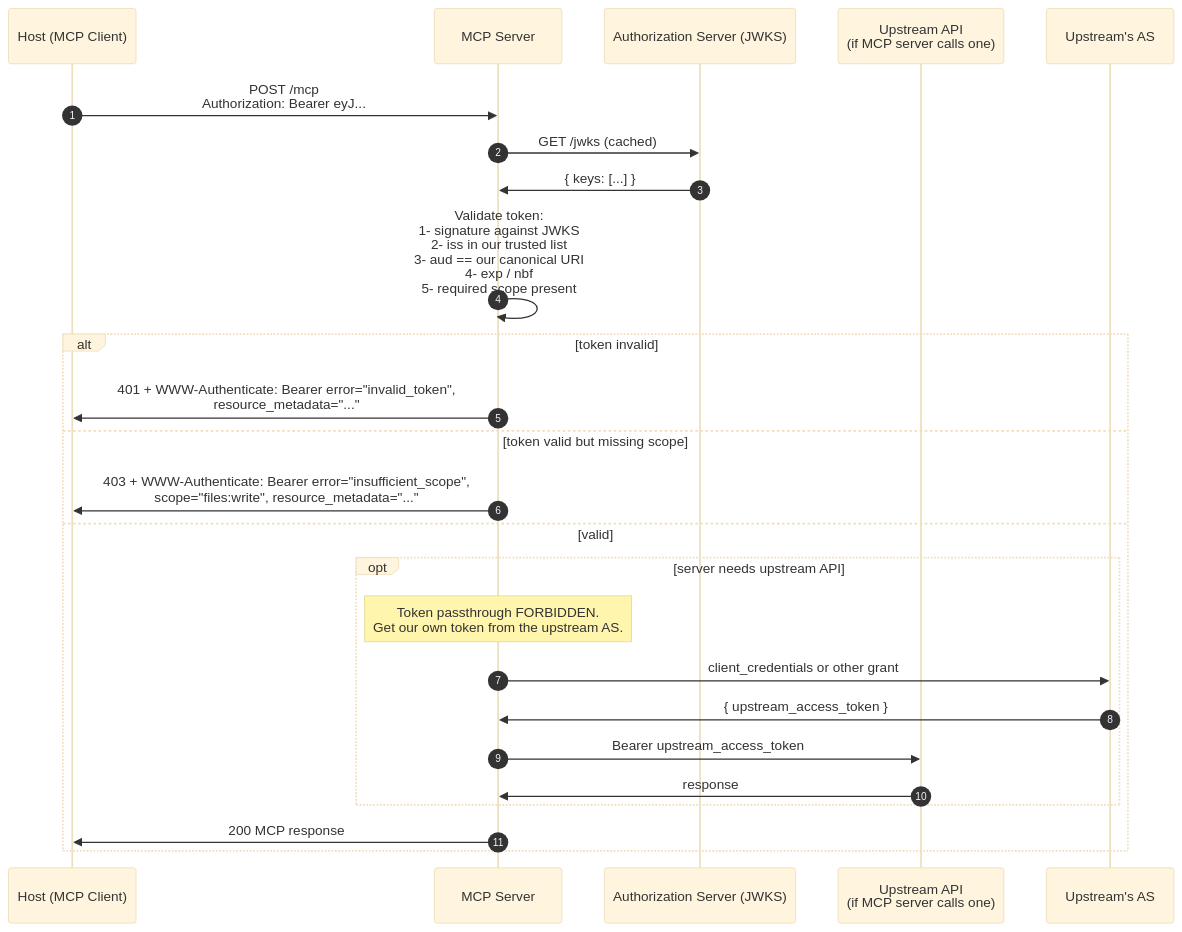
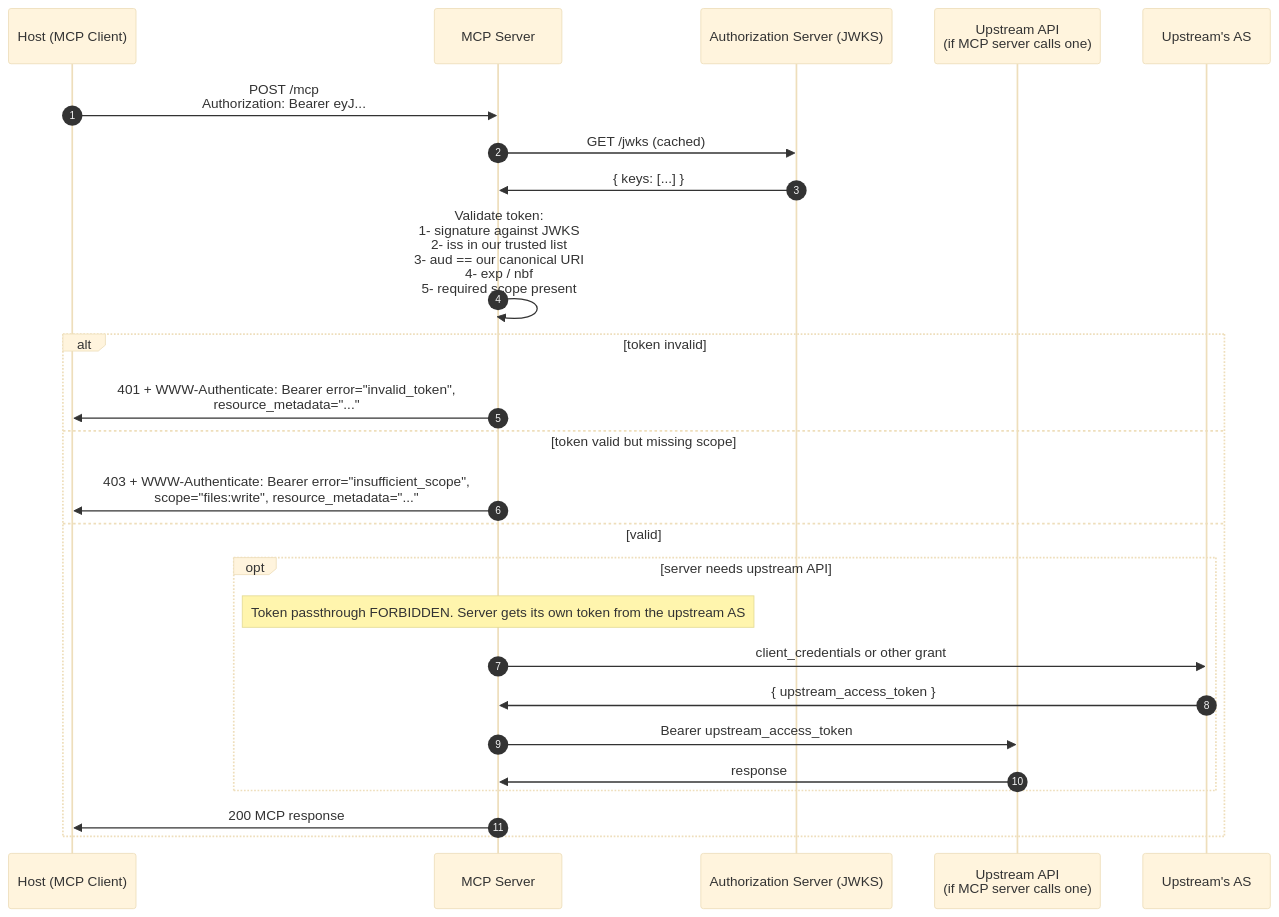
Before and after one commit to kubiosec-agentic/oauth-deepdive: the fifth of 8 diagrams in docs/mcp/09-agent-pattern-end-to-end.md, drawn with Mermaid (base theme). The commit also changed other lines of this file, not shown here.

````diff
--- a/docs/mcp/09-agent-pattern-end-to-end.md
+++ b/docs/mcp/09-agent-pattern-end-to-end.md
@@ -367,29 +369,29 @@
 ```mermaid
 sequenceDiagram
     autonumber
     participant H as Host (MCP Client)
     participant S as MCP Server
     participant AS as Authorization Server (JWKS)
     participant Up as Upstream API<br/>(if MCP server calls one)
     participant UpAS as Upstream's AS
 
     H->>S: POST /mcp<br/>Authorization: Bearer eyJ...
     S->>AS: GET /jwks (cached)
     AS->>S: { keys: [...] }
     S->>S: Validate token:<br/>1- signature against JWKS<br/>2- iss in our trusted list<br/>3- aud == our canonical URI<br/>4- exp / nbf<br/>5- required scope present
 
     alt token invalid
         S->>H: 401 + WWW-Authenticate: Bearer error="invalid_token",<br/>resource_metadata="..."
     else token valid but missing scope
         S->>H: 403 + WWW-Authenticate: Bearer error="insufficient_scope",<br/>scope="files:write", resource_metadata="..."
     else valid
         opt server needs upstream API
-            Note over S: Token passthrough FORBIDDEN.<br/>Get our own token from the upstream AS.
+            Note over S: Token passthrough FORBIDDEN. Server gets its own token from the upstream AS
             S->>UpAS: client_credentials or other grant
             UpAS->>S: { upstream_access_token }
             S->>Up: Bearer upstream_access_token
             Up->>S: response
         end
         S->>H: 200 MCP response
     end
 ```
````
